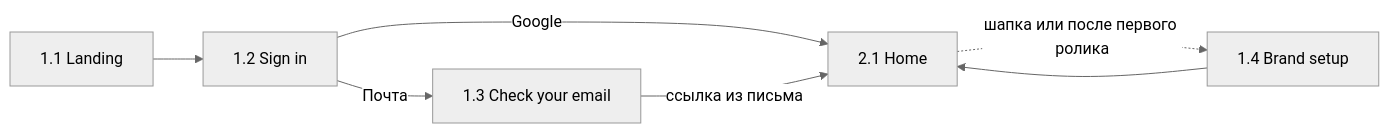
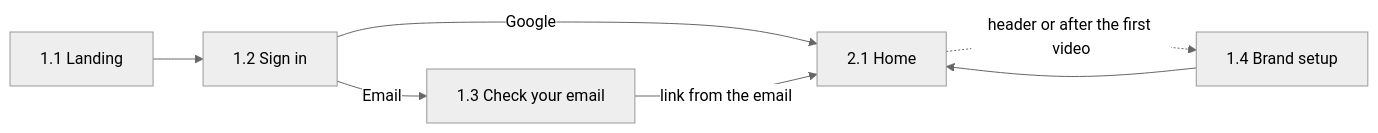
One commit to Ramil3107/saymo changed the second of 3 diagrams in docs/product/03-user-flows.md. Above: the diagram before and after it, drawn with Mermaid (neutral theme). The commit also changed other lines of this file and 17 other files, not shown here.

````diff
--- a/docs/product/03-user-flows.md
+++ b/docs/product/03-user-flows.md
@@ -31,7 +31,7 @@
 ```mermaid
 flowchart LR
   L[1.1 Landing] --> S[1.2 Sign in]
   S -->|Google| H[2.1 Home]
-  S -->|Почта| E[1.3 Check your email] -->|ссылка из письма| H
-  H -.->|шапка или после первого ролика| B[1.4 Brand setup] --> H
+  S -->|Email| E[1.3 Check your email] -->|link from the email| H
+  H -.->|header or after the first video| B[1.4 Brand setup] --> H
 ```
````
